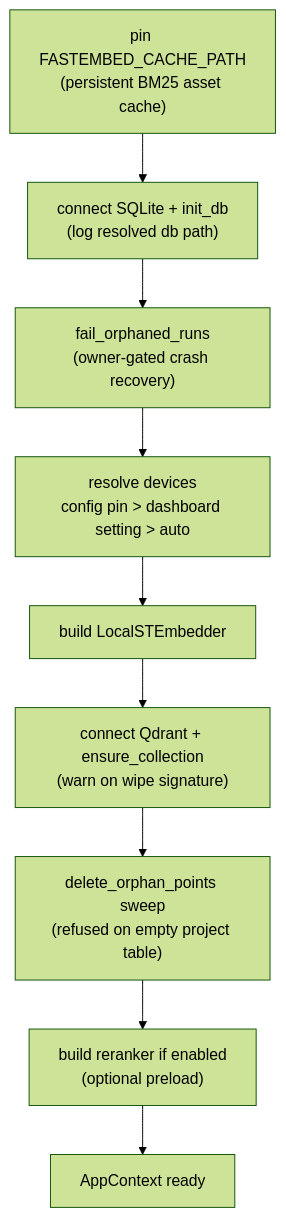
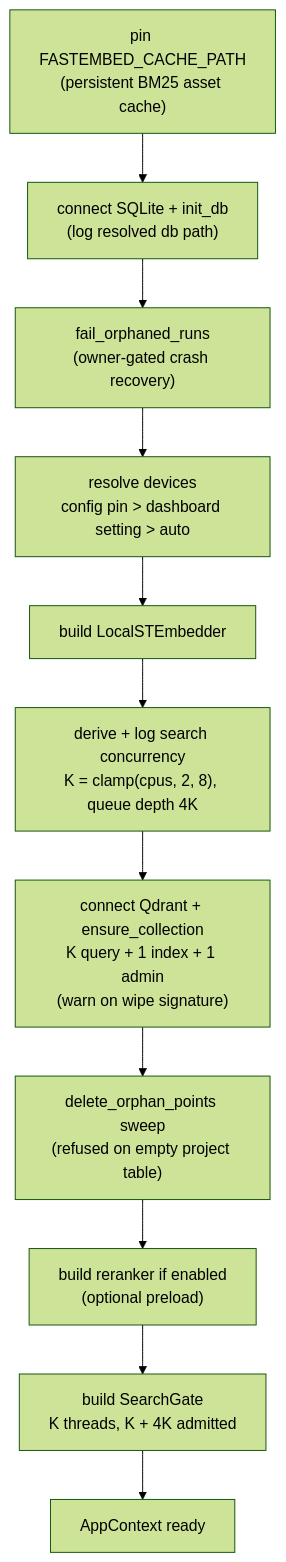
Before and after one commit to behl1anmol/Noesis: the diagram in docs/internals/runtime.md, drawn with Mermaid (forest theme). The commit also changed other lines of this file and 15 other files, not shown here.

````diff
--- a/docs/internals/runtime.md
+++ b/docs/internals/runtime.md
@@ -27,11 +28,13 @@
 ```mermaid
 flowchart TB
     A["pin FASTEMBED_CACHE_PATH\n(persistent BM25 asset cache)"] --> B["connect SQLite + init_db\n(log resolved db path)"]
     B --> C["fail_orphaned_runs\n(owner-gated crash recovery)"]
     C --> D["resolve devices\nconfig pin > dashboard setting > auto"]
     D --> E["build LocalSTEmbedder"]
-    E --> F["connect Qdrant + ensure_collection\n(warn on wipe signature)"]
+    E --> P["derive + log search concurrency\nK = clamp(cpus, 2, 8), queue depth 4K"]
+    P --> F["connect Qdrant + ensure_collection\nK query + 1 index + 1 admin\n(warn on wipe signature)"]
     F --> G["delete_orphan_points sweep\n(refused on empty project table)"]
     G --> H["build reranker if enabled\n(optional preload)"]
-    H --> I["AppContext ready"]
+    H --> S["build SearchGate\nK threads, K + 4K admitted"]
+    S --> I["AppContext ready"]
 ```
````
